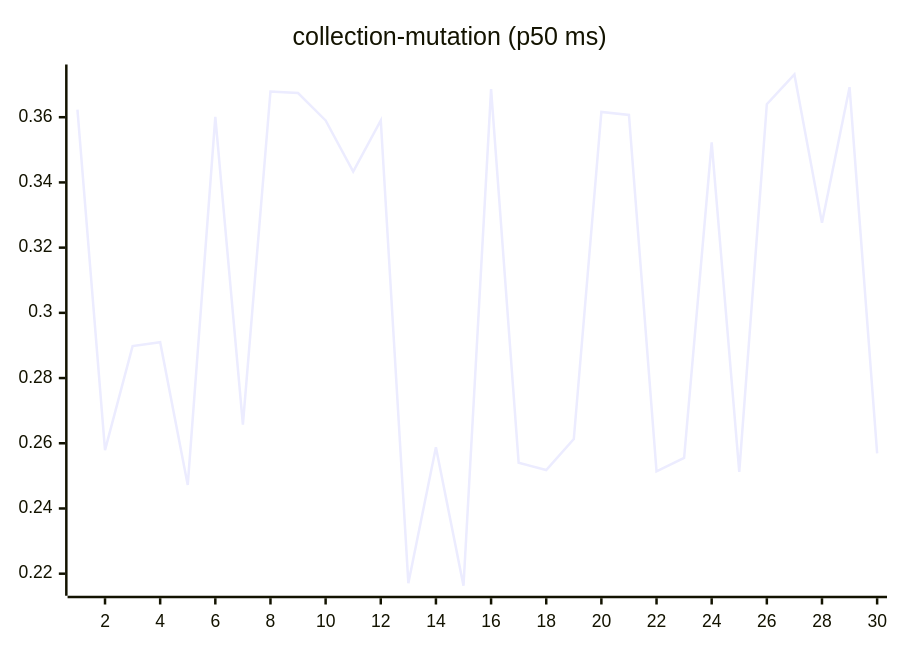
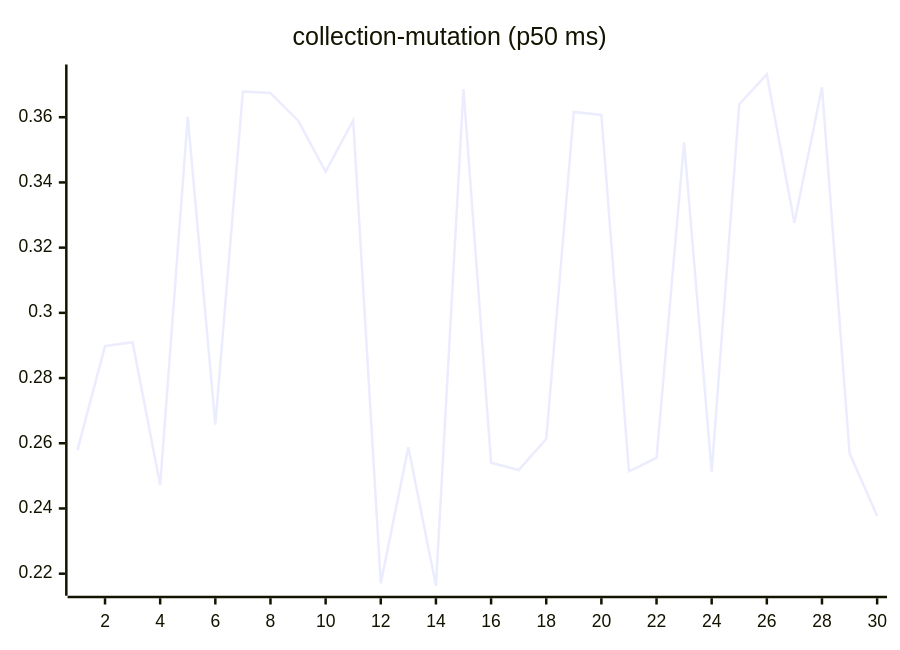
One commit to josha/Facet changed the sixth of 27 diagrams in README.md. Above: the diagram before and after it, drawn with Mermaid. The commit also changed other lines of this file and 2 other files, not shown here.

````diff
--- a/README.md
+++ b/README.md
@@ -98,6 +98,6 @@
 ```mermaid
 xychart-beta
     title "collection-mutation (p50 ms)"
     x-axis 1 --> 30
-    line [0.3623, 0.2579, 0.2898, 0.2910, 0.2472, 0.3601, 0.2657, 0.3679, 0.3674, 0.3590, 0.3433, 0.3590, 0.2171, 0.2588, 0.2163, 0.3686, 0.2540, 0.2518, 0.2613, 0.3616, 0.3607, 0.2514, 0.2555, 0.3523, 0.2512, 0.3640, 0.3731, 0.3276, 0.3692, 0.2569]
+    line [0.2579, 0.2898, 0.2910, 0.2472, 0.3601, 0.2657, 0.3679, 0.3674, 0.3590, 0.3433, 0.3590, 0.2171, 0.2588, 0.2163, 0.3686, 0.2540, 0.2518, 0.2613, 0.3616, 0.3607, 0.2514, 0.2555, 0.3523, 0.2512, 0.3640, 0.3731, 0.3276, 0.3692, 0.2569, 0.2378]
 ```
````
